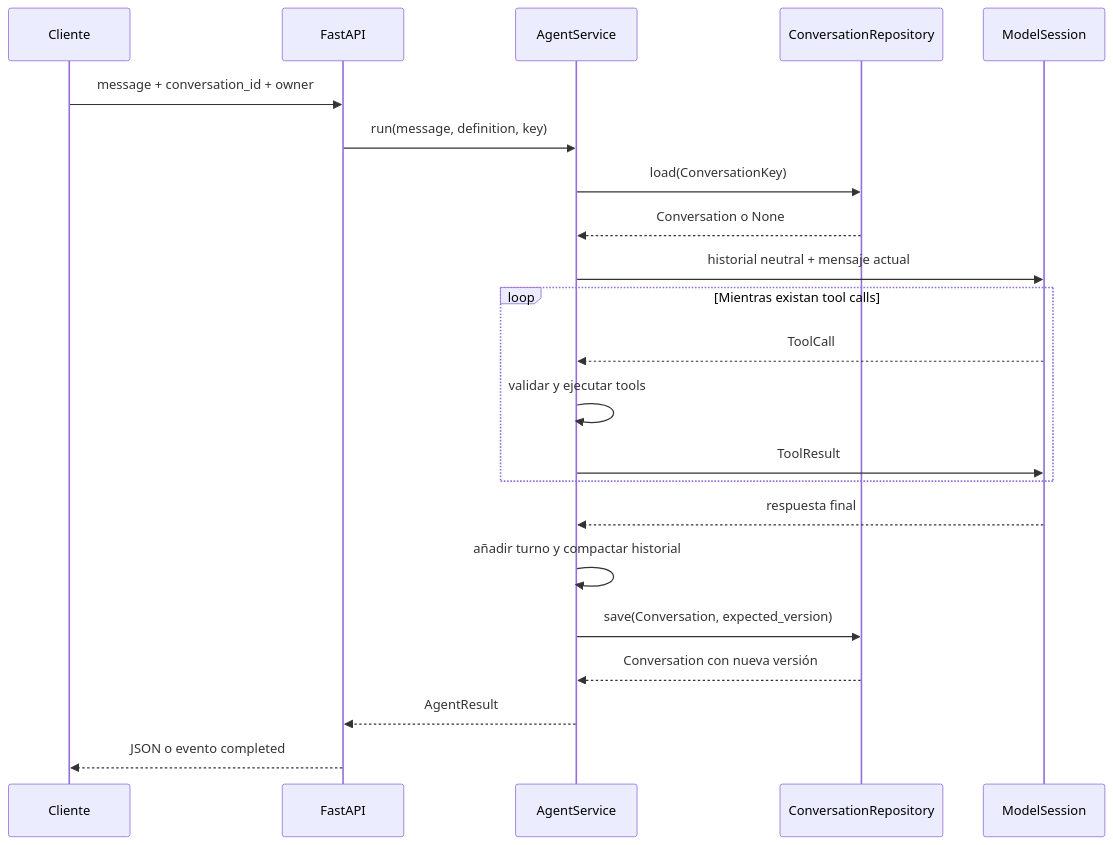
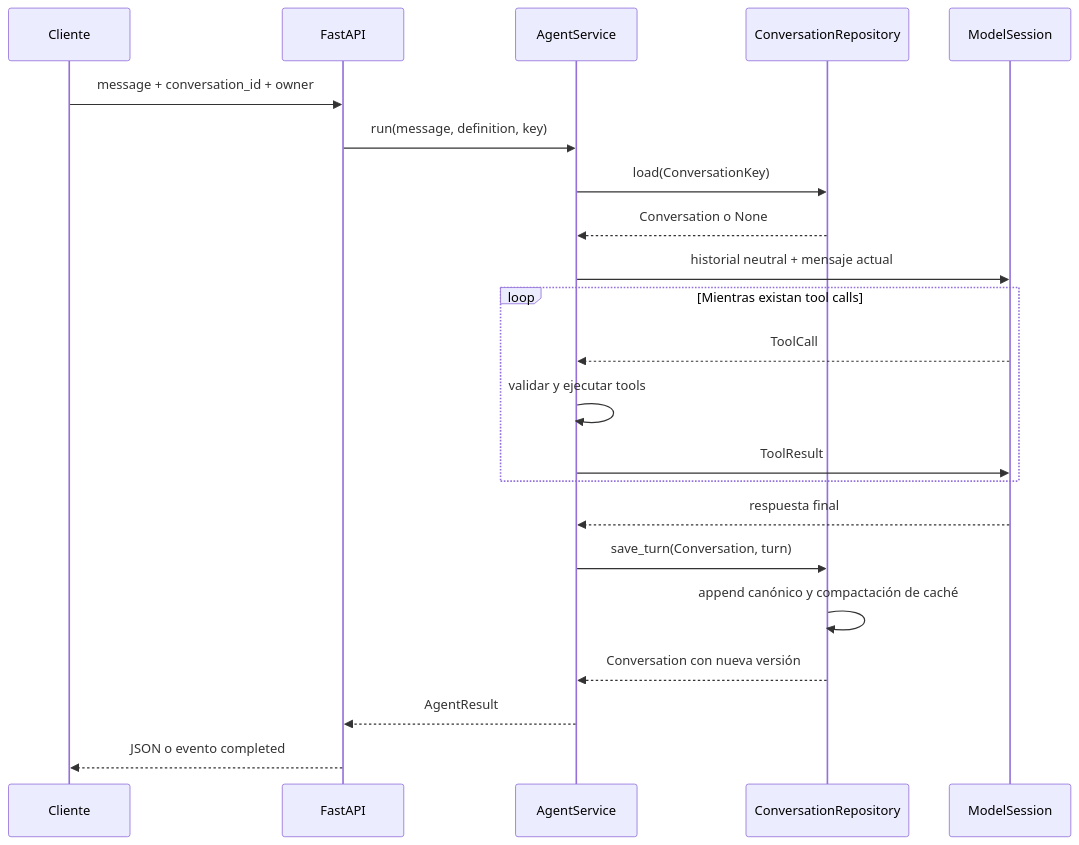
One commit to SergioReyesM24/TesseraFlow changed the second of 2 diagrams in README.md. Above: the diagram before and after it, drawn with Mermaid. The commit also changed other lines of this file and 8 other files, not shown here.

````diff
--- a/README.md
+++ b/README.md
@@ -167,25 +172,25 @@
 ```mermaid
 sequenceDiagram
     participant C as Cliente
     participant A as FastAPI
     participant S as AgentService
     participant R as ConversationRepository
     participant M as ModelSession
 
     C->>A: message + conversation_id + owner
     A->>S: run(message, definition, key)
     S->>R: load(ConversationKey)
     R-->>S: Conversation o None
     S->>M: historial neutral + mensaje actual
     loop Mientras existan tool calls
         M-->>S: ToolCall
         S->>S: validar y ejecutar tools
         S->>M: ToolResult
     end
     M-->>S: respuesta final
-    S->>S: añadir turno y compactar historial
-    S->>R: save(Conversation, expected_version)
+    S->>R: save_turn(Conversation, turn)
+    R->>R: append canónico y compactación de caché
     R-->>S: Conversation con nueva versión
     S-->>A: AgentResult
     A-->>C: JSON o evento completed
 ```
````
